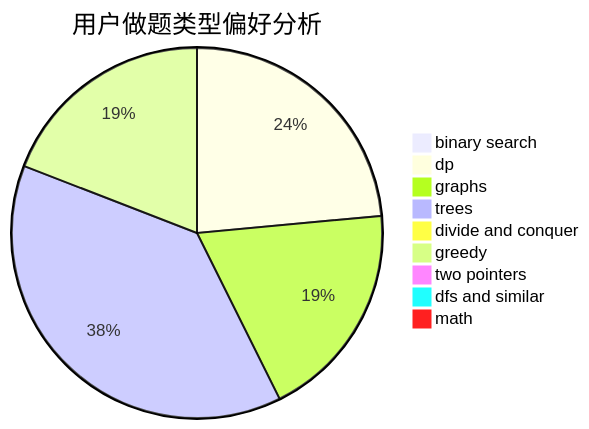
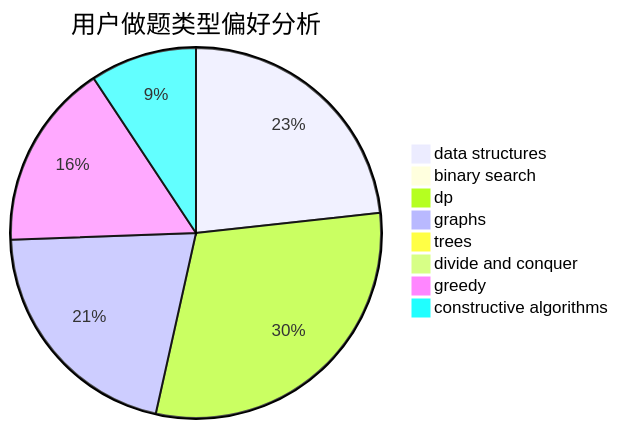
The second of 3 diagrams in docs/user/u2328.md (sherpahu/cfrs.github.io), drawn with Mermaid before and after one commit. The commit also changed other lines of this file and 2775 other files, not shown here.

````diff
--- a/docs/user/u2328.md
+++ b/docs/user/u2328.md
@@ -23,12 +23,11 @@
 ```mermaid
 pie title 用户做题类型偏好分析
+    "data structures" :  10
     "binary search" :  0
-    "dp" :  16
-    "graphs" :  13
-    "trees" :  26
+    "dp" :  13
+    "graphs" :  9
+    "trees" :  0
     "divide and conquer" :  0
-    "greedy" :  13
-    "two pointers" :  0
-    "dfs and similar" :  0
-    "math" :  0
+    "greedy" :  7
+    "constructive algorithms" :  4
 ```
````
